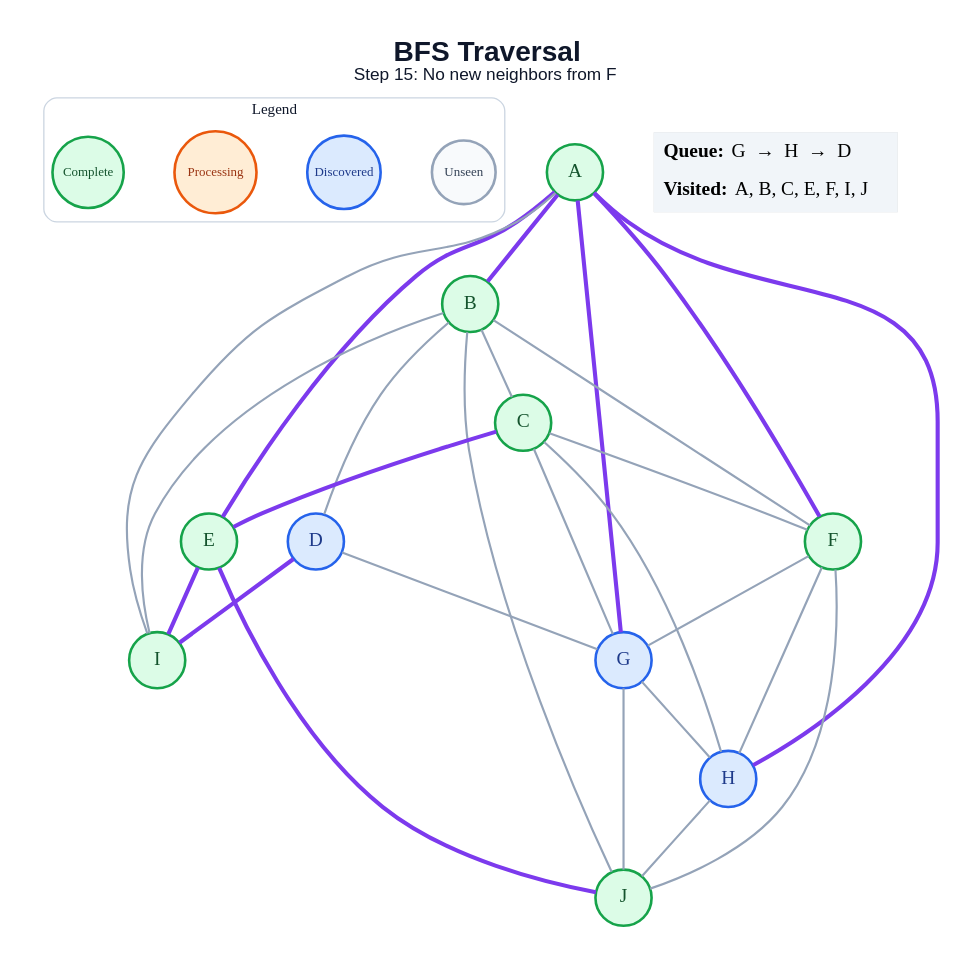
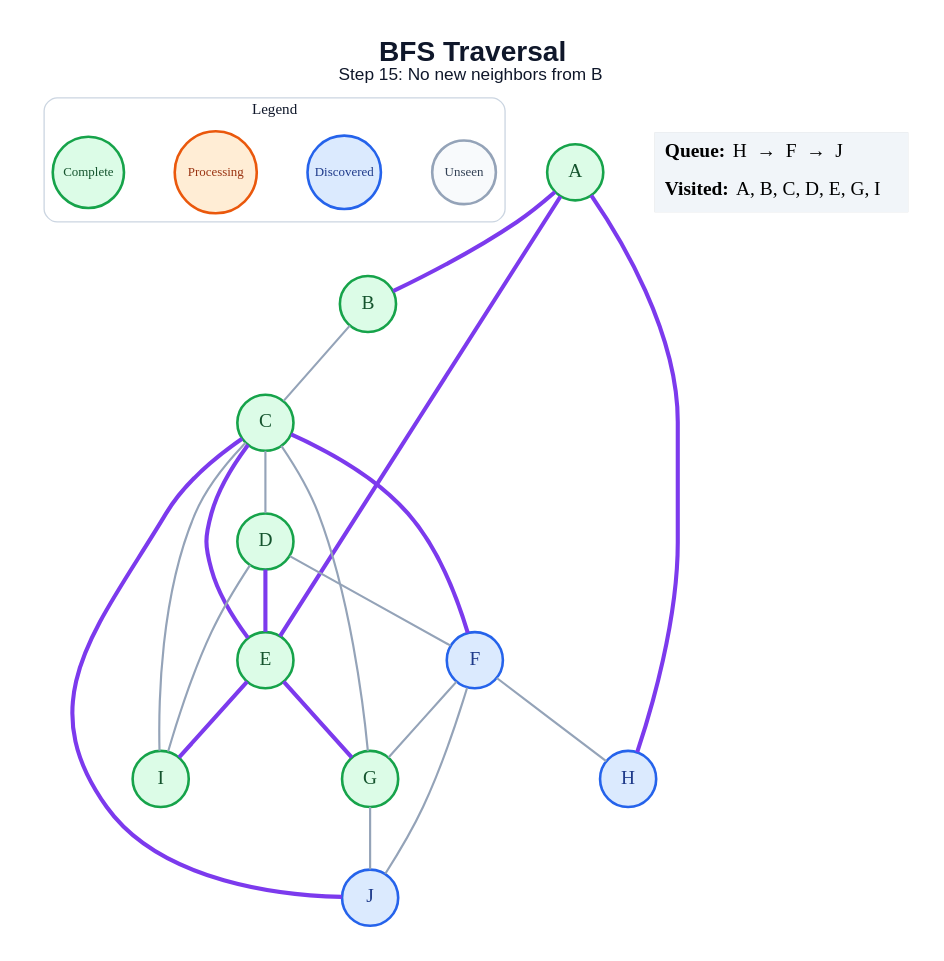
Before and after one commit to anon7238593-create/ai-slop: the diagram in generated/specific-node/bfs/step_15.dot, drawn with Graphviz. The commit also changed 178 other files, not shown here.

```diff
--- a/generated/specific-node/bfs/step_15.dot
+++ b/generated/specific-node/bfs/step_15.dot
@@ -1,54 +1,48 @@
 graph traversal {
   graph [layout=dot, rankdir=TB, bgcolor="#FFFFFF", pad="0.35", nodesep="0.65", ranksep="0.8", fontname="Arial"];
   node [shape=circle, style="filled", fontname="Arial Bold", fontsize=18, width=0.72, fixedsize=true, penwidth=2.4];
   edge [color="#94A3B8", penwidth=2.0];
-  label=<<B>BFS Traversal</B><BR/><FONT POINT-SIZE="16">Step 15: No new neighbors from F</FONT>>; labelloc="t"; fontsize=26; fontname="Arial"; fontcolor="#0F172A";
+  label=<<B>BFS Traversal</B><BR/><FONT POINT-SIZE="16">Step 15: No new neighbors from B</FONT>>; labelloc="t"; fontsize=26; fontname="Arial"; fontcolor="#0F172A";
   subgraph cluster_legend { label="Legend"; color="#CBD5E1"; penwidth=1.2; style="rounded"; fontsize=14; fontname="Arial Bold";
     key_unseen [label="Unseen", fillcolor="#F8FAFC", color="#94A3B8", fontcolor="#334155", fontsize=12, width=0.82];
     key_frontier [label="Discovered", fillcolor="#DBEAFE", color="#2563EB", fontcolor="#1E3A8A", fontsize=12, width=0.95];
     key_current [label="Processing", fillcolor="#FFEDD5", color="#EA580C", fontcolor="#9A3412", fontsize=12, width=1.05];
     key_done [label="Complete", fillcolor="#DCFCE7", color="#16A34A", fontcolor="#14532D", fontsize=12, width=0.92];
     { rank=same; key_unseen; key_frontier; key_current; key_done; }
   }
   A [fillcolor="#DCFCE7", color="#16A34A", fontcolor="#14532D"];
   B [fillcolor="#DCFCE7", color="#16A34A", fontcolor="#14532D"];
   C [fillcolor="#DCFCE7", color="#16A34A", fontcolor="#14532D"];
-  D [fillcolor="#DBEAFE", color="#2563EB", fontcolor="#1E3A8A"];
+  D [fillcolor="#DCFCE7", color="#16A34A", fontcolor="#14532D"];
   E [fillcolor="#DCFCE7", color="#16A34A", fontcolor="#14532D"];
-  F [fillcolor="#DCFCE7", color="#16A34A", fontcolor="#14532D"];
-  G [fillcolor="#DBEAFE", color="#2563EB", fontcolor="#1E3A8A"];
+  F [fillcolor="#DBEAFE", color="#2563EB", fontcolor="#1E3A8A"];
+  G [fillcolor="#DCFCE7", color="#16A34A", fontcolor="#14532D"];
   H [fillcolor="#DBEAFE", color="#2563EB", fontcolor="#1E3A8A"];
   I [fillcolor="#DCFCE7", color="#16A34A", fontcolor="#14532D"];
-  J [fillcolor="#DCFCE7", color="#16A34A", fontcolor="#14532D"];
+  J [fillcolor="#DBEAFE", color="#2563EB", fontcolor="#1E3A8A"];
   A -- B [color="#7C3AED", penwidth=3.8];
   A -- E [color="#7C3AED", penwidth=3.8];
-  A -- F [color="#7C3AED", penwidth=3.8];
-  A -- G [color="#7C3AED", penwidth=3.8];
   A -- H [color="#7C3AED", penwidth=3.8];
-  A -- I;
   B -- C;
-  B -- D;
-  B -- F;
-  B -- I;
-  B -- J;
+  C -- D;
   C -- E [color="#7C3AED", penwidth=3.8];
-  C -- F;
+  C -- F [color="#7C3AED", penwidth=3.8];
   C -- G;
-  C -- H;
-  D -- G;
-  D -- I [color="#7C3AED", penwidth=3.8];
+  C -- I;
+  C -- J [color="#7C3AED", penwidth=3.8];
+  D -- E [color="#7C3AED", penwidth=3.8];
+  D -- F;
+  D -- I;
+  E -- G [color="#7C3AED", penwidth=3.8];
   E -- I [color="#7C3AED", penwidth=3.8];
-  E -- J [color="#7C3AED", penwidth=3.8];
   F -- G;
   F -- H;
   F -- J;
-  G -- H;
   G -- J;
-  H -- J;
   status [shape=plain, fixedsize=false, width=0, height=0, margin=0, label=<
     <TABLE BORDER="0" CELLBORDER="0" CELLPADDING="7" BGCOLOR="#F1F5F9">
-      <TR><TD ALIGN="LEFT"><B>Queue:</B> G  →  H  →  D</TD></TR>
-      <TR><TD ALIGN="LEFT"><B>Visited:</B> A, B, C, E, F, I, J</TD></TR>
+      <TR><TD ALIGN="LEFT"><B>Queue:</B> H  →  F  →  J</TD></TR>
+      <TR><TD ALIGN="LEFT"><B>Visited:</B> A, B, C, D, E, G, I</TD></TR>
     </TABLE>
   >];
 }
```
